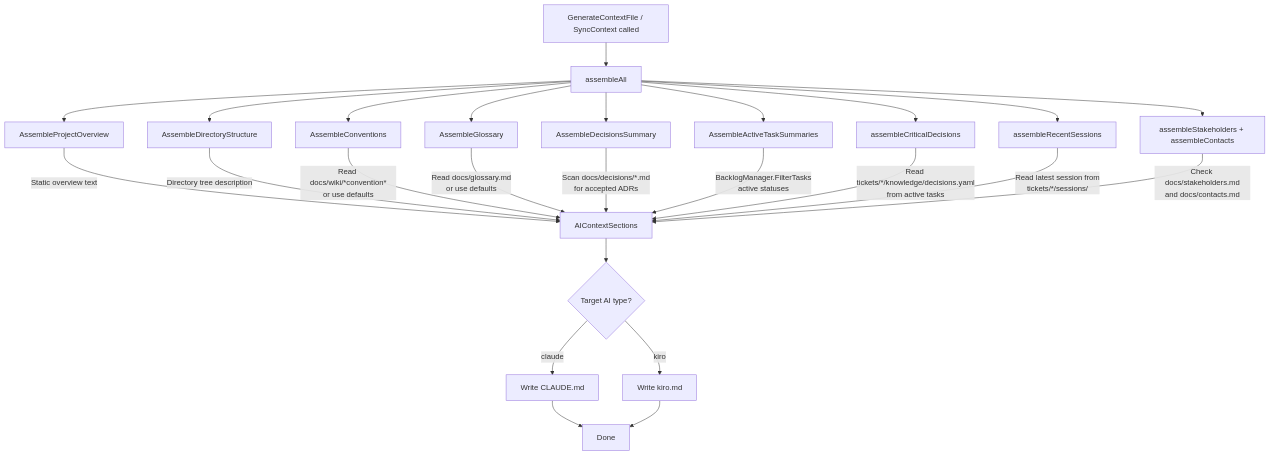
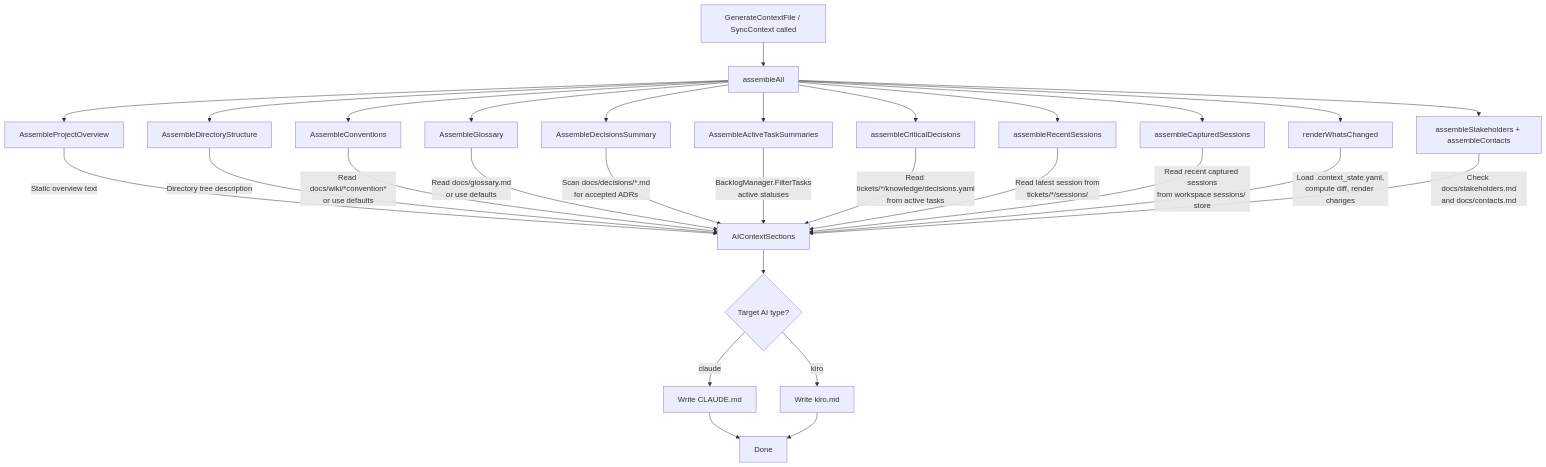
The sixth of 11 diagrams in docs/architecture.md (valter-silva-au/ai-dev-brain), drawn with Mermaid before and after one commit. The commit also changed other lines of this file and 22 other files, not shown here.

````diff
--- a/docs/architecture.md
+++ b/docs/architecture.md
@@ -540,31 +561,35 @@
 ```mermaid
 flowchart TD
     A[GenerateContextFile / SyncContext called] --> B[assembleAll]
 
     B --> C[AssembleProjectOverview]
     B --> D[AssembleDirectoryStructure]
     B --> E[AssembleConventions]
     B --> F[AssembleGlossary]
     B --> G[AssembleDecisionsSummary]
     B --> H[AssembleActiveTaskSummaries]
     B --> I[assembleCriticalDecisions]
     B --> J[assembleRecentSessions]
+    B --> J2[assembleCapturedSessions]
+    B --> J3[renderWhatsChanged]
     B --> K[assembleStakeholders + assembleContacts]
 
     C --> |"Static overview text"| L[AIContextSections]
     D --> |"Directory tree description"| L
     E --> |"Read docs/wiki/*convention*<br/>or use defaults"| L
     F --> |"Read docs/glossary.md<br/>or use defaults"| L
     G --> |"Scan docs/decisions/*.md<br/>for accepted ADRs"| L
     H --> |"BacklogManager.FilterTasks<br/>active statuses"| L
     I --> |"Read tickets/*/knowledge/decisions.yaml<br/>from active tasks"| L
     J --> |"Read latest session from<br/>tickets/*/sessions/"| L
+    J2 --> |"Read recent captured sessions<br/>from workspace sessions/ store"| L
+    J3 --> |"Load .context_state.yaml,<br/>compute diff, render changes"| L
     K --> |"Check docs/stakeholders.md<br/>and docs/contacts.md"| L
 
     L --> M{Target AI type?}
     M --> |claude| N["Write CLAUDE.md"]
     M --> |kiro| O["Write kiro.md"]
 
     N --> P[Done]
     O --> P
 ```
````
